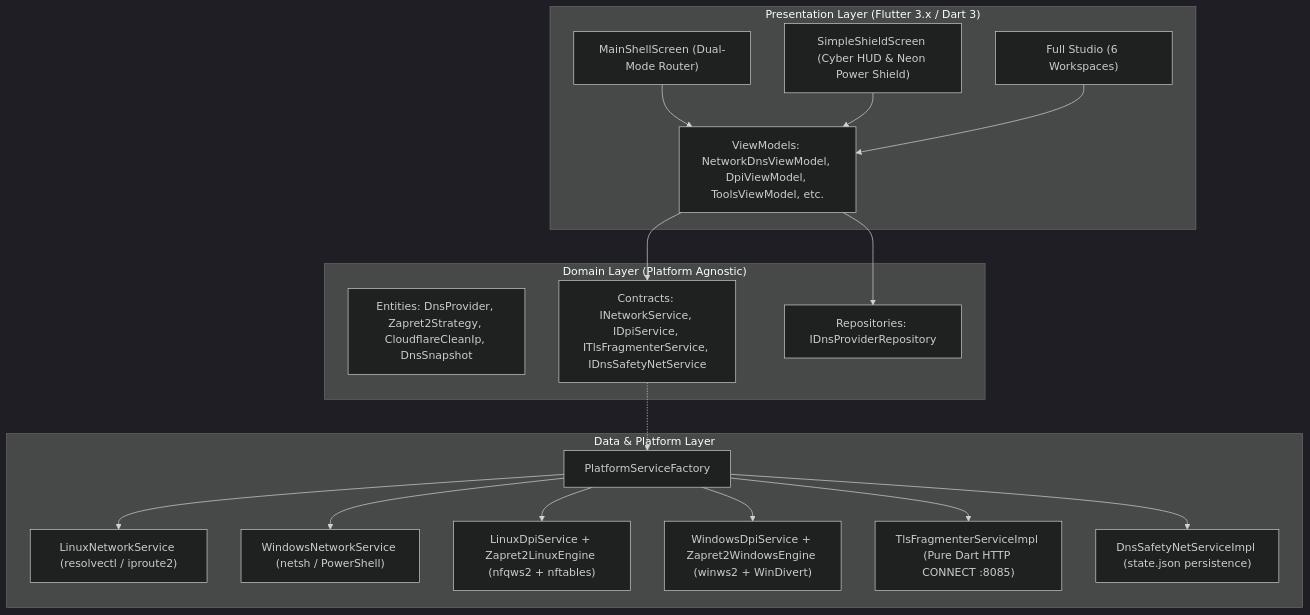
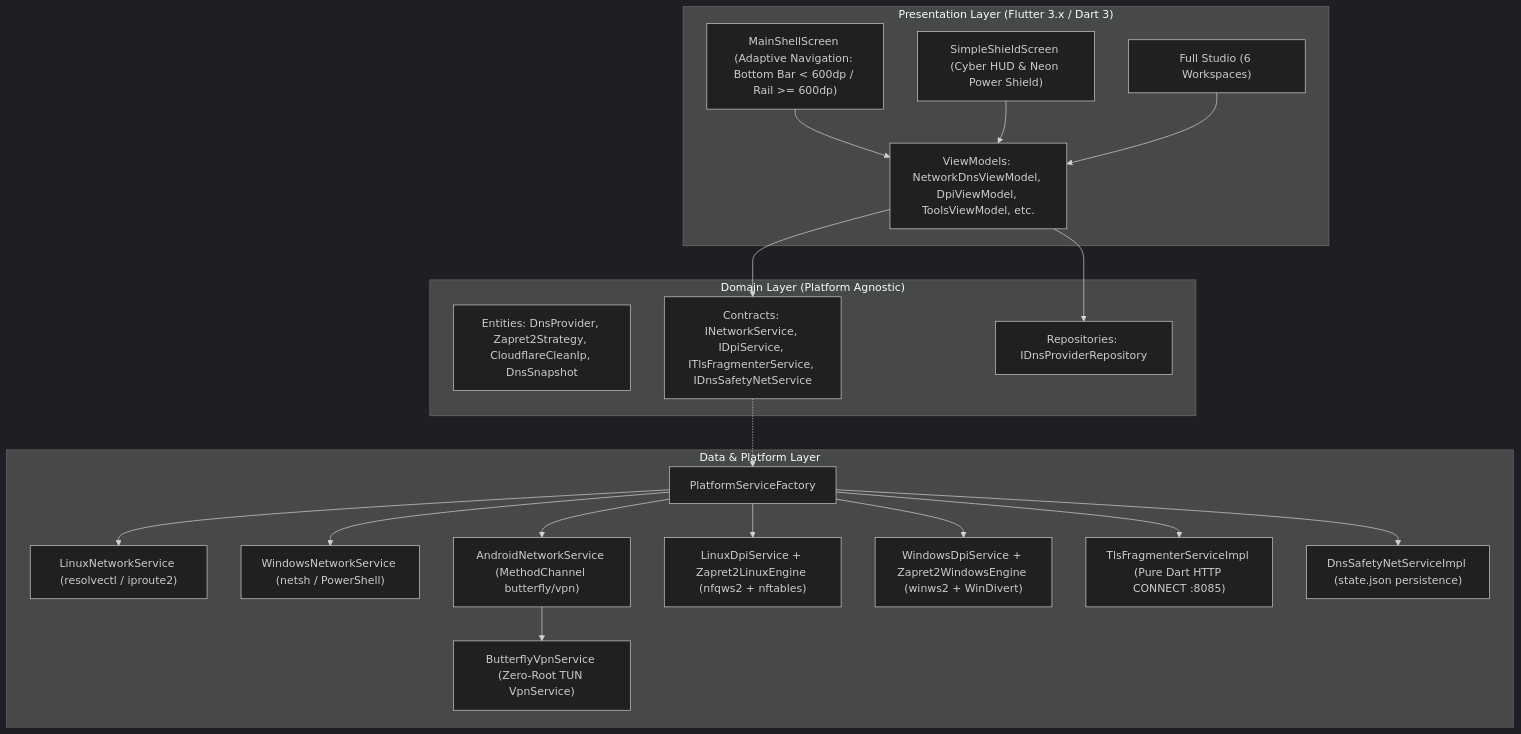
The first of 2 diagrams in docs/ARCHITECTURE.md (ayoubzulfiqar/butterfly), drawn with Mermaid (dark theme) before and after one commit. The commit also changed other lines of this file and 4 other files, not shown here.

Commit message:
docs: expand enterprise architecture, DPI engine guide, safety net, and contributing specs for Android

````diff
--- a/docs/ARCHITECTURE.md
+++ b/docs/ARCHITECTURE.md
@@ -13,38 +13,42 @@
 ```mermaid
 graph TD
     subgraph UI ["Presentation Layer (Flutter 3.x / Dart 3)"]
-        Shell["MainShellScreen (Dual-Mode Router)"]
+        Shell["MainShellScreen (Adaptive Navigation: Bottom Bar < 600dp / Rail >= 600dp)"]
         Simple["SimpleShieldScreen (Cyber HUD & Neon Power Shield)"]
         Studio["Full Studio (6 Workspaces)"]
         VM["ViewModels: NetworkDnsViewModel, DpiViewModel, ToolsViewModel, etc."]
     end
 
     subgraph Domain ["Domain Layer (Platform Agnostic)"]
         Entities["Entities: DnsProvider, Zapret2Strategy, CloudflareCleanIp, DnsSnapshot"]
         Contracts["Contracts: INetworkService, IDpiService, ITlsFragmenterService, IDnsSafetyNetService"]
         Repo["Repositories: IDnsProviderRepository"]
     end
 
     subgraph Data ["Data & Platform Layer"]
         Factory["PlatformServiceFactory"]
         LinuxNet["LinuxNetworkService (resolvectl / iproute2)"]
         WinNet["WindowsNetworkService (netsh / PowerShell)"]
+        AndroidNet["AndroidNetworkService (MethodChannel butterfly/vpn)"]
+        AndroidVpn["ButterflyVpnService (Zero-Root TUN VpnService)"]
         LinuxDpi["LinuxDpiService + Zapret2LinuxEngine (nfqws2 + nftables)"]
         WinDpi["WindowsDpiService + Zapret2WindowsEngine (winws2 + WinDivert)"]
         TlsFrag["TlsFragmenterServiceImpl (Pure Dart HTTP CONNECT :8085)"]
         SafetyNet["DnsSafetyNetServiceImpl (state.json persistence)"]
     end
 
     Shell --> VM
     Simple --> VM
     Studio --> VM
     VM --> Contracts
     VM --> Repo
     Contracts -.-> Factory
     Factory --> LinuxNet
     Factory --> WinNet
+    Factory --> AndroidNet
+    AndroidNet --> AndroidVpn
     Factory --> LinuxDpi
     Factory --> WinDpi
     Factory --> TlsFrag
     Factory --> SafetyNet
 ```
````
